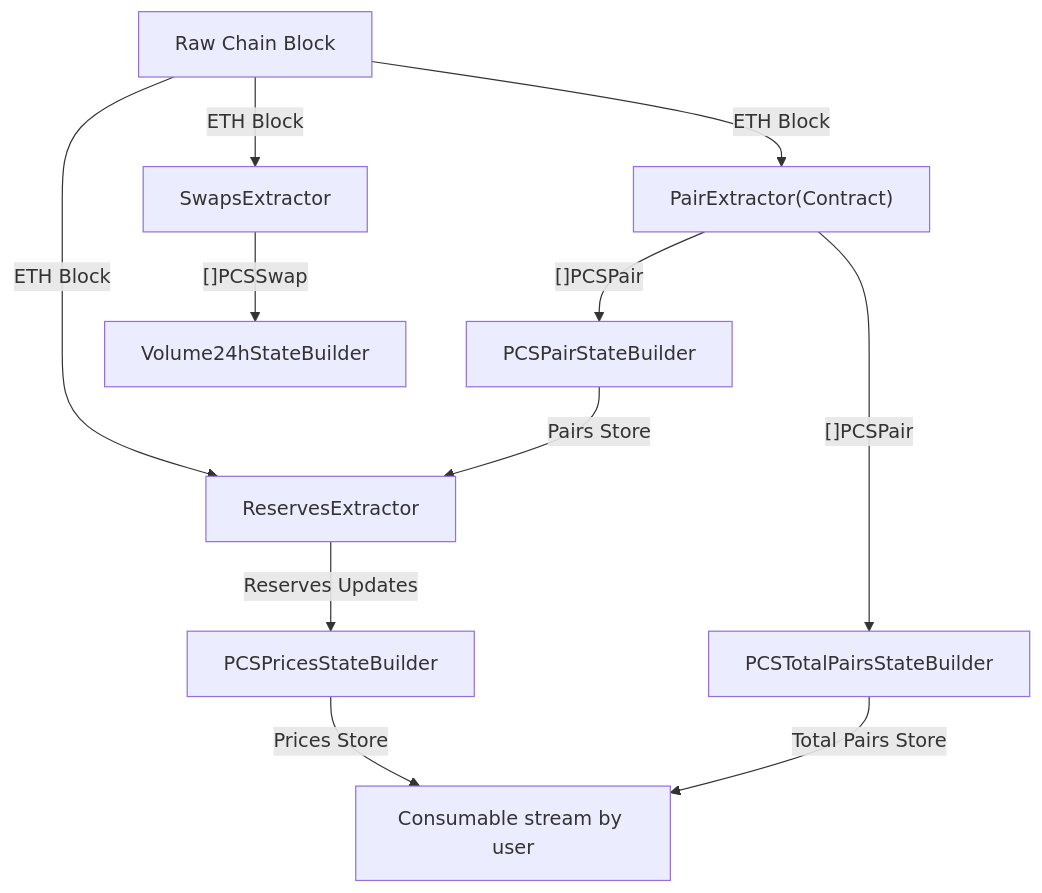
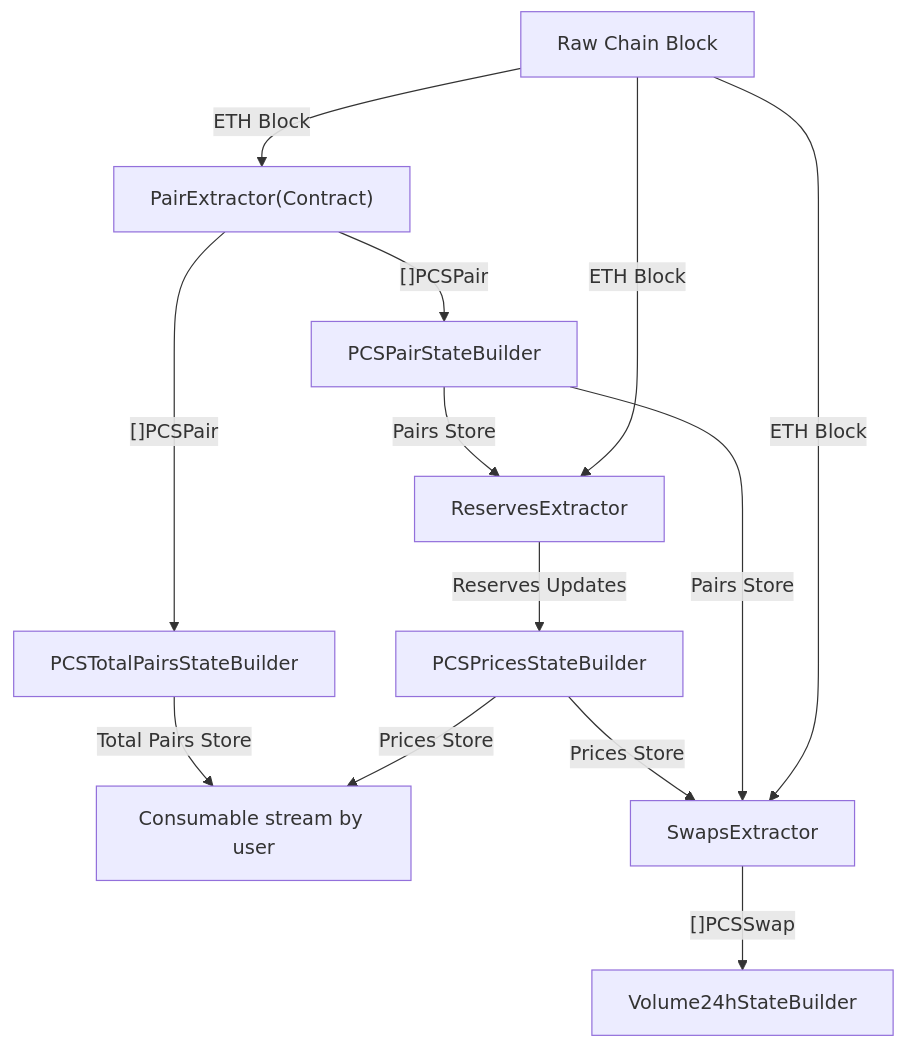
The diagram in README.md (streamingfast/substreams-playground), drawn with Mermaid before and after one commit.

Commit message:
Include swaps in graph

````diff
--- a/README.md
+++ b/README.md
@@ -27,24 +27,26 @@
 ```mermaid
 
 graph TD;
   PE["PairExtractor(Contract)"]
-  PSB[PCSPairStateBuilder]
+  PAIRS[PCSPairStateBuilder]
   TPSB[PCSTotalPairsStateBuilder] 
   RE[ReservesExtractor]
   B[Raw Chain Block]
-  PRSB[PCSPricesStateBuilder]
+  PRICES[PCSPricesStateBuilder]
   END[Consumable stream by user]
   SWAP[SwapsExtractor]
   VOL24[Volume24hStateBuilder]
   
   B -- ETH Block --> PE
-  PE -- "[]PCSPair" --> PSB
+  PE -- "[]PCSPair" --> PAIRS
   PE -- "[]PCSPair" --> TPSB 
   TPSB -- Total Pairs Store --> END
-  PSB -- "Pairs Store" --> RE
+  PAIRS -- "Pairs Store" --> RE
   B -- ETH Block --> RE
-  RE -- Reserves Updates --> PRSB
-  PRSB -- Prices Store --> END
+  RE -- Reserves Updates --> PRICES
+  PRICES -- Prices Store --> END
+  PRICES -- Prices Store --> SWAP
+  PAIRS -- Pairs Store --> SWAP
   B -- ETH Block --> SWAP
   SWAP -- "[]PCSSwap" --> VOL24
 ```
````
